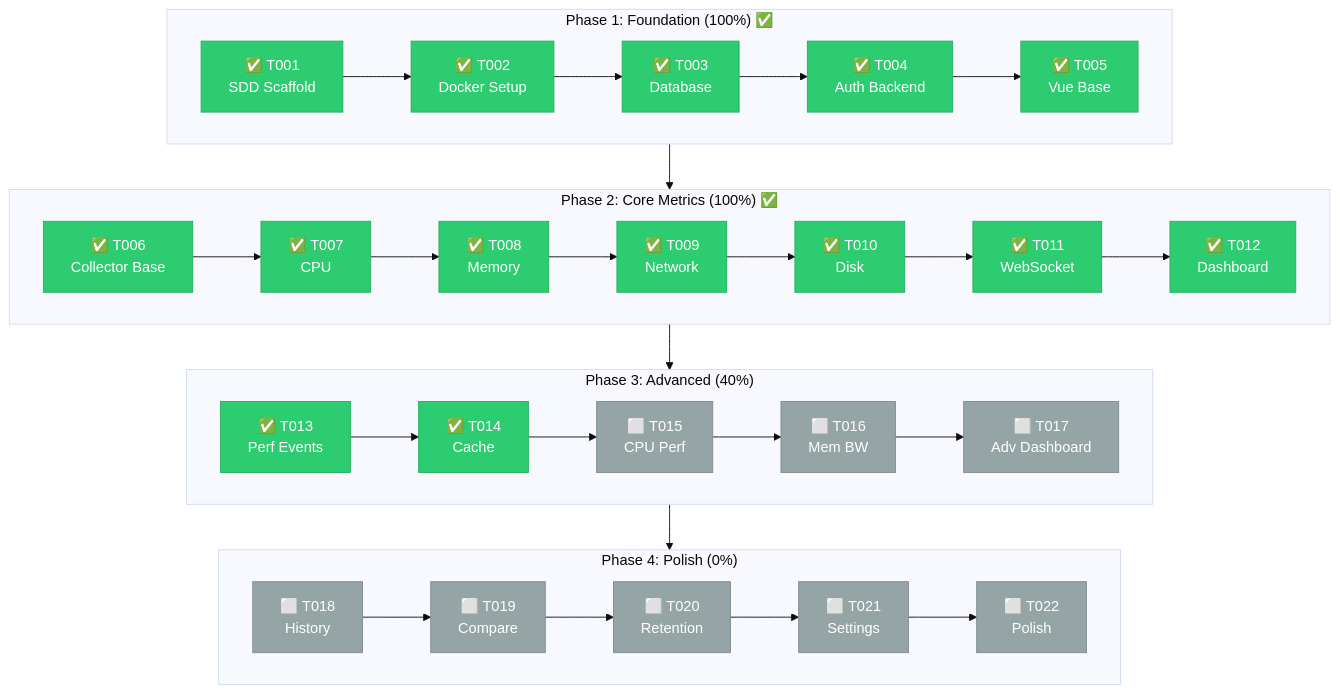
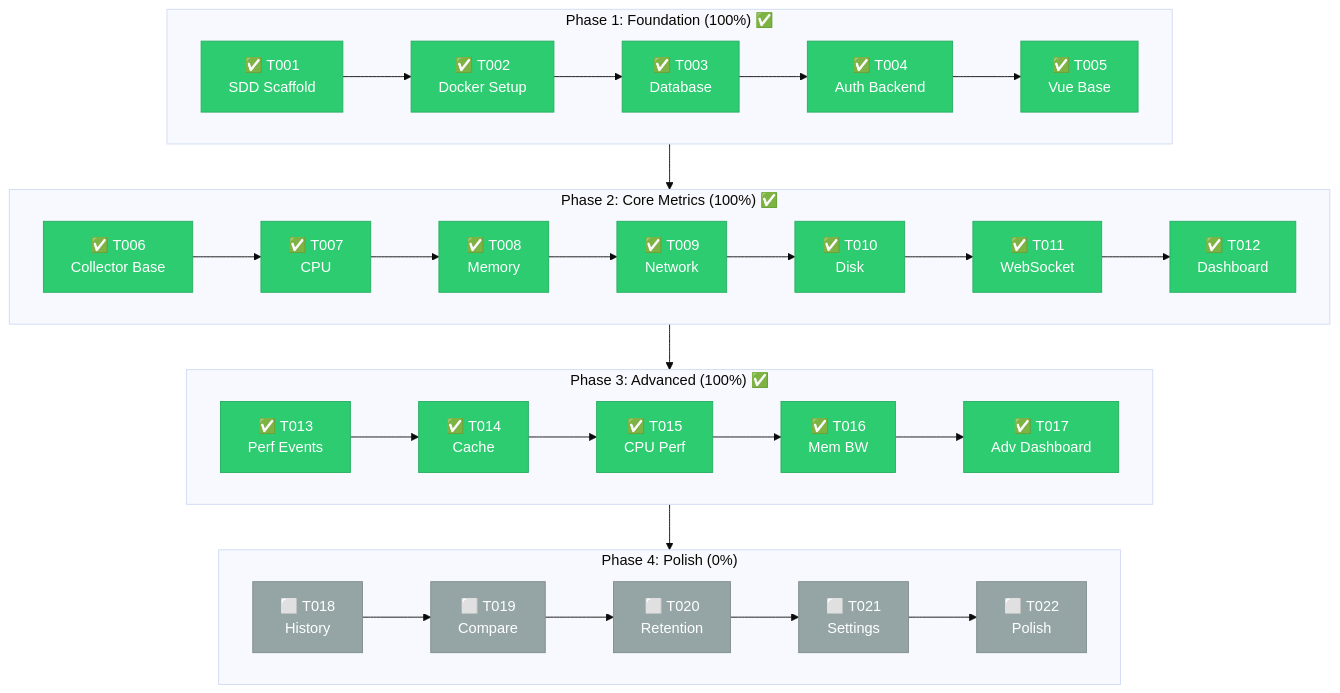
One commit to zhyndalf/perfwatch changed the diagram in README.md. Above: the diagram before and after it, drawn with Mermaid (base theme). The commit also changed other lines of this file and 12 other files, not shown here.

First line of the commit message:
feat(T017): Complete Advanced Dashboard with perf_events fix

````diff
--- a/README.md
+++ b/README.md
@@ -19,50 +19,50 @@
 ```mermaid
 flowchart TB
     subgraph P1["Phase 1: Foundation (100%) ✅"]
         T001["✅ T001<br/>SDD Scaffold"]
         T002["✅ T002<br/>Docker Setup"]
         T003["✅ T003<br/>Database"]
         T004["✅ T004<br/>Auth Backend"]
         T005["✅ T005<br/>Vue Base"]
         T001 --> T002 --> T003 --> T004 --> T005
     end
 
     subgraph P2["Phase 2: Core Metrics (100%) ✅"]
         T006["✅ T006<br/>Collector Base"]
         T007["✅ T007<br/>CPU"]
         T008["✅ T008<br/>Memory"]
         T009["✅ T009<br/>Network"]
         T010["✅ T010<br/>Disk"]
         T011["✅ T011<br/>WebSocket"]
         T012["✅ T012<br/>Dashboard"]
         T006 --> T007 --> T008 --> T009 --> T010 --> T011 --> T012
     end
 
-    subgraph P3["Phase 3: Advanced (40%)"]
+    subgraph P3["Phase 3: Advanced (100%) ✅"]
         T013["✅ T013<br/>Perf Events"]
         T014["✅ T014<br/>Cache"]
-        T015["⬜ T015<br/>CPU Perf"]
-        T016["⬜ T016<br/>Mem BW"]
-        T017["⬜ T017<br/>Adv Dashboard"]
+        T015["✅ T015<br/>CPU Perf"]
+        T016["✅ T016<br/>Mem BW"]
+        T017["✅ T017<br/>Adv Dashboard"]
         T013 --> T014 --> T015 --> T016 --> T017
     end
 
     subgraph P4["Phase 4: Polish (0%)"]
         T018["⬜ T018<br/>History"]
         T019["⬜ T019<br/>Compare"]
         T020["⬜ T020<br/>Retention"]
         T021["⬜ T021<br/>Settings"]
         T022["⬜ T022<br/>Polish"]
         T018 --> T019 --> T020 --> T021 --> T022
     end
 
     P1 --> P2 --> P3 --> P4
 
     %% Styles
     classDef done fill:#2ecc71,stroke:#27ae60,color:#fff
     classDef progress fill:#f39c12,stroke:#e67e22,color:#fff
     classDef todo fill:#95a5a6,stroke:#7f8c8d,color:#fff
 
-    class T001,T002,T003,T004,T005,T006,T007,T008,T009,T010,T011,T012,T013,T014 done
-    class T015,T016,T017,T018,T019,T020,T021,T022 todo
+    class T001,T002,T003,T004,T005,T006,T007,T008,T009,T010,T011,T012,T013,T014,T015,T016,T017 done
+    class T018,T019,T020,T021,T022 todo
 ```
````
